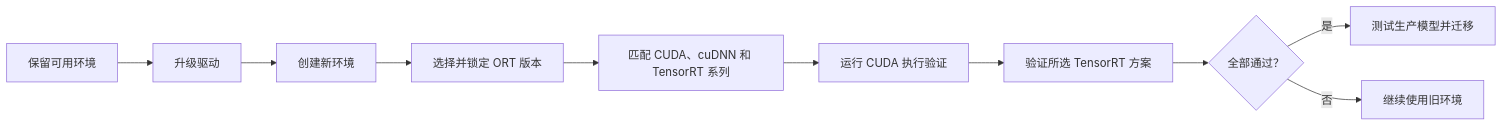
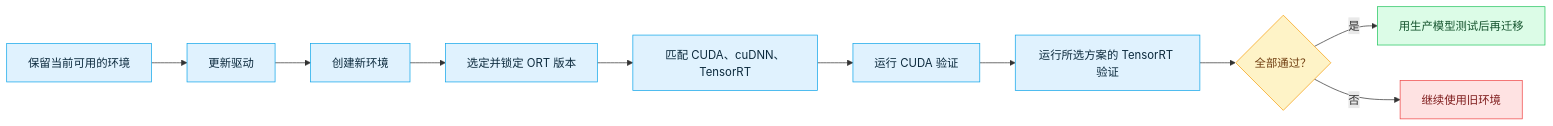
Before and after one commit to DakeQQ/Tutorial-ONNX-Runtime-Execution-Providers: the sixth of 6 diagrams in NVIDIA/README.zh-CN.md, drawn with Mermaid. The commit also changed other lines of this file and 15 other files, not shown here.

````diff
--- a/NVIDIA/README.zh-CN.md
+++ b/NVIDIA/README.zh-CN.md
@@ -772,12 +898,21 @@
 ```mermaid
 flowchart LR
-    A[保留可用环境] --> B[升级驱动]
-    B --> C[创建新环境]
-    C --> D[选择并锁定 ORT 版本]
-    D --> E[匹配 CUDA、cuDNN 和 TensorRT 系列]
-    E --> F[运行 CUDA 执行验证]
-    F --> G[验证所选 TensorRT 方案]
-    G --> H{全部通过？}
-    H -- 是 --> I[测试生产模型并迁移]
-    H -- 否 --> J[继续使用旧环境]
+    A["保留当前可用的环境"] --> B["更新驱动"]
+    B --> C["创建新环境"]
+    C --> D["选定并锁定 ORT 版本"]
+    D --> E["匹配 CUDA、cuDNN、TensorRT"]
+    E --> F["运行 CUDA 验证"]
+    F --> G["运行所选方案的 TensorRT 验证"]
+    G --> H{"全部通过？"}
+    H -- 是 --> I["用生产模型测试后再迁移"]
+    H -- 否 --> J["继续使用旧环境"]
+
+    classDef step fill:#e0f2fe,stroke:#0ea5e9,color:#0c2a3d;
+    classDef dec fill:#fef3c7,stroke:#f59e0b,color:#713f12;
+    classDef good fill:#dcfce7,stroke:#22c55e,color:#14532d;
+    classDef bad fill:#fee2e2,stroke:#ef4444,color:#7f1d1d;
+    class A,B,C,D,E,F,G step;
+    class H dec;
+    class I good;
+    class J bad;
 ```
````
